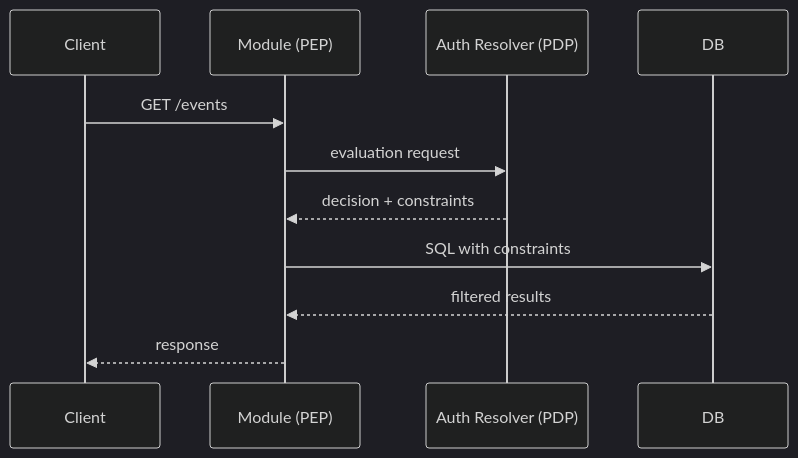
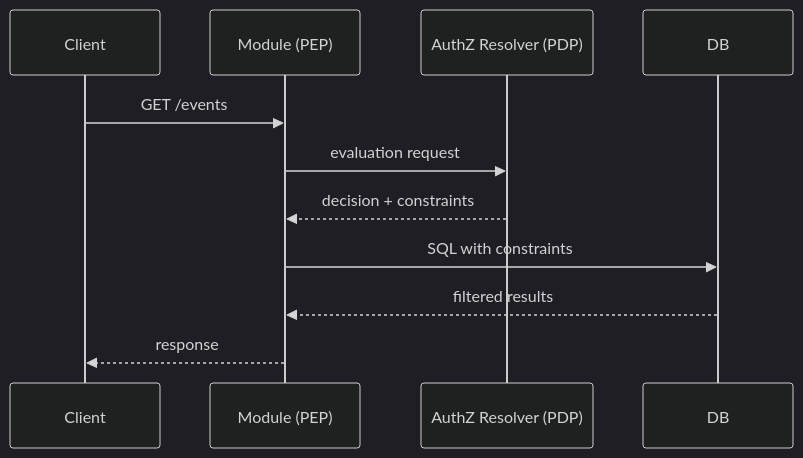
The fifth of 5 diagrams in docs/authorization/AUTH.md (aviator5/hyperspot), drawn with Mermaid (dark theme) before and after one commit. The commit also changed other lines of this file and 4 other files, not shown here.

Commit message:
split Auth Resolver into AuthN Resolver and AuthZ Resolver

````diff
--- a/docs/authorization/AUTH.md
+++ b/docs/authorization/AUTH.md
@@ -684,14 +752,14 @@
 ```mermaid
 sequenceDiagram
     participant Client
     participant PEP as Module (PEP)
-    participant PDP as Auth Resolver (PDP)
+    participant AuthZ as AuthZ Resolver (PDP)
     participant DB
 
     Client->>PEP: GET /events
-    PEP->>PDP: evaluation request
-    PDP-->>PEP: decision + constraints
+    PEP->>AuthZ: evaluation request
+    AuthZ-->>PEP: decision + constraints
     PEP->>DB: SQL with constraints
     DB-->>PEP: filtered results
     PEP-->>Client: response
 ```
````
